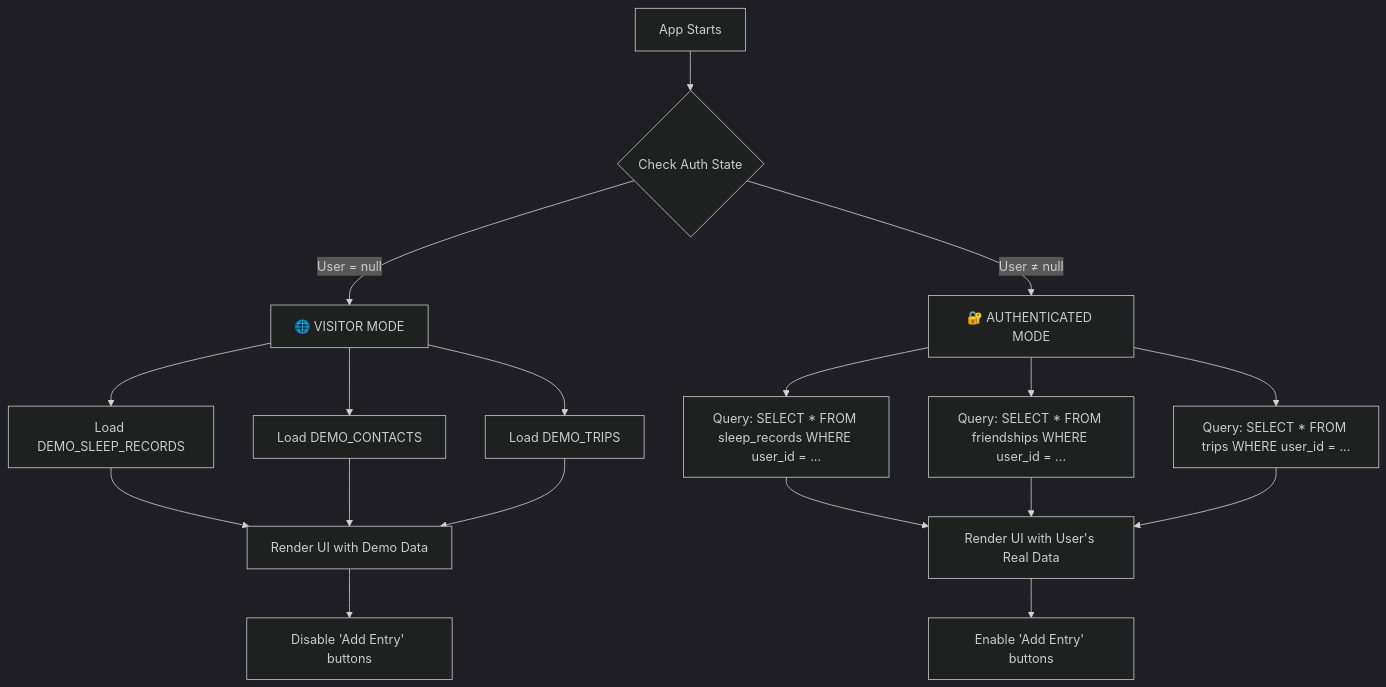
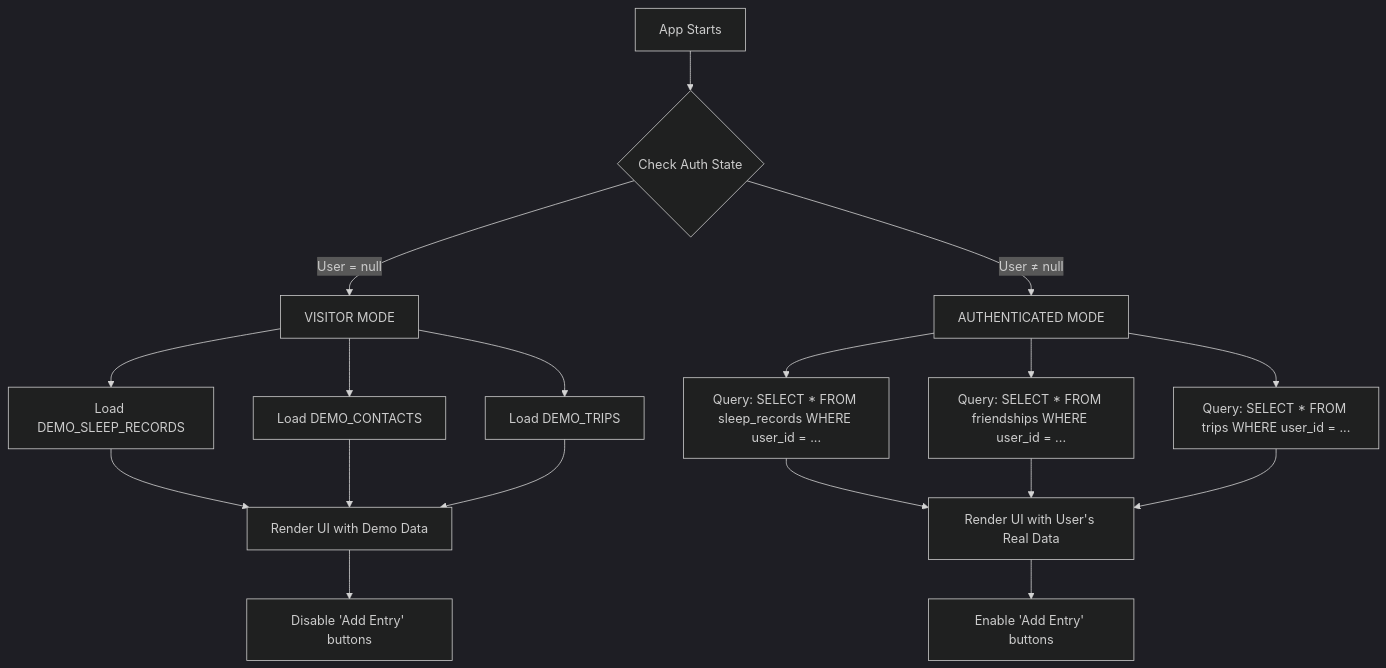
The diagram in docs/architecture/MODES.md (eloi-alt/stats_app_mobile), drawn with Mermaid (dark theme) before and after one commit. The commit also changed other lines of this file and 33 other files, not shown here.

Commit message:
AI, graphs, languages, smileys, etc

````diff
--- a/docs/architecture/MODES.md
+++ b/docs/architecture/MODES.md
@@ -61,25 +61,25 @@
 ```mermaid
 graph TD
     A[App Starts] --> B{Check Auth State}
-    B -->|User = null| C[🌐 VISITOR MODE]
-    B -->|User ≠ null| D[🔐 AUTHENTICATED MODE]
+    B -->|User = null| C[ VISITOR MODE]
+    B -->|User ≠ null| D[ AUTHENTICATED MODE]
     
     C --> E[Load DEMO_SLEEP_RECORDS]
     C --> F[Load DEMO_CONTACTS]
     C --> G[Load DEMO_TRIPS]
     
     D --> H[Query: SELECT * FROM sleep_records WHERE user_id = ...]
     D --> I[Query: SELECT * FROM friendships WHERE user_id = ...]
     D --> J[Query: SELECT * FROM trips WHERE user_id = ...]
     
     E --> K[Render UI with Demo Data]
     F --> K
     G --> K
     
     H --> L[Render UI with User's Real Data]
     I --> L
     J --> L
     
     K --> M[Disable 'Add Entry' buttons]
     L --> N[Enable 'Add Entry' buttons]
 ```
````
